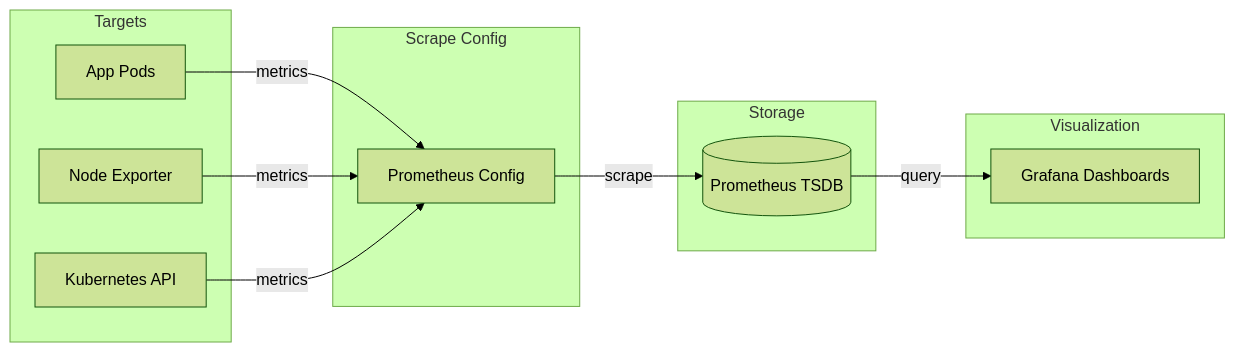
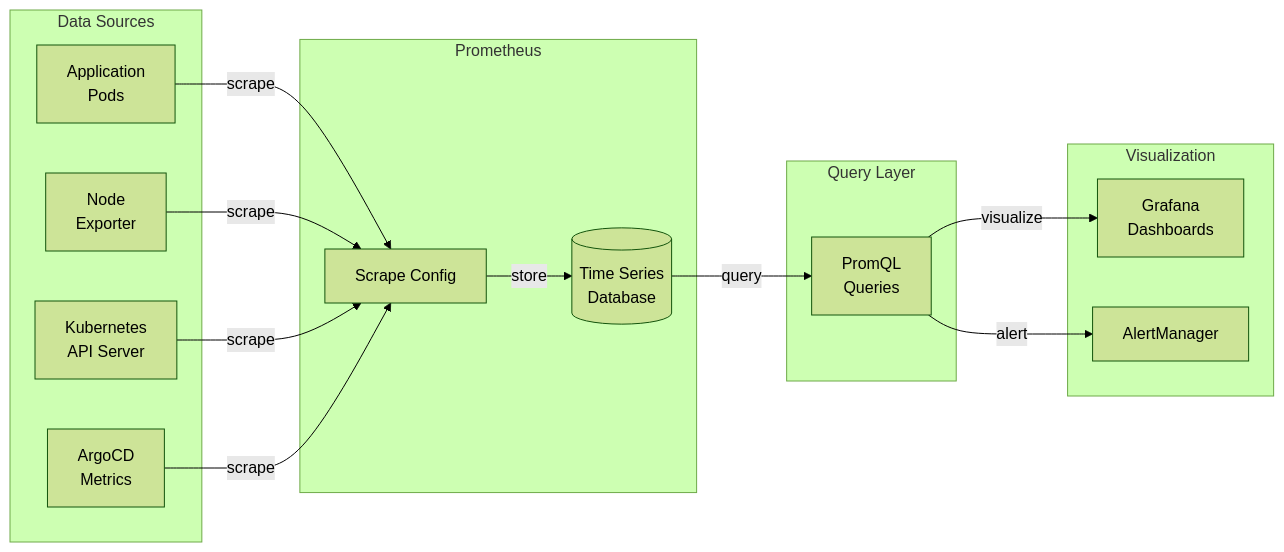
One commit to fbscotta369/ai-sre-agent changed the fifth of 6 diagrams in ARCHITECTURE.md. Above: the diagram before and after it, drawn with Mermaid (forest theme). The commit also changed other lines of this file and 3 other files, not shown here.

First line of the commit message:
docs: Enhanced documentation with detailed explanations and diagrams

````diff
--- a/ARCHITECTURE.md
+++ b/ARCHITECTURE.md
@@ -211,26 +389,33 @@
 ```mermaid
 graph LR
-    subgraph "Targets"
-        App[App Pods]
-        Node[Node Exporter]
-        K8s[Kubernetes API]
+    subgraph "Data Sources"
+        App[Application<br/>Pods]
+        Node[Node<br/>Exporter]
+        K8sAPI[Kubernetes<br/>API Server]
+        Argo[ArgoCD<br/>Metrics]
     end
     
-    subgraph "Scrape Config"
-        Config[Prometheus Config]
+    subgraph "Prometheus"
+        Scrape[Scrape Config]
+        TSDB[(Time Series<br/>Database)]
     end
     
-    subgraph "Storage"
-        TSDB[(Prometheus TSDB)]
+    subgraph "Query Layer"
+        Query[PromQL<br/>Queries]
     end
     
     subgraph "Visualization"
-        Dash[Grafana Dashboards]
+        Graf[Grafana<br/>Dashboards]
+        Alert[AlertManager]
     end
     
-    App -->|metrics| Config
-    Node -->|metrics| Config
-    K8s -->|metrics| Config
-    Config -->|scrape| TSDB
-    TSDB -->|query| Dash
+    App -->|scrape| Scrape
+    Node -->|scrape| Scrape
+    K8sAPI -->|scrape| Scrape
+    Argo -->|scrape| Scrape
+    
+    Scrape -->|store| TSDB
+    TSDB -->|query| Query
+    Query -->|visualize| Graf
+    Query -->|alert| Alert
 ```
````
